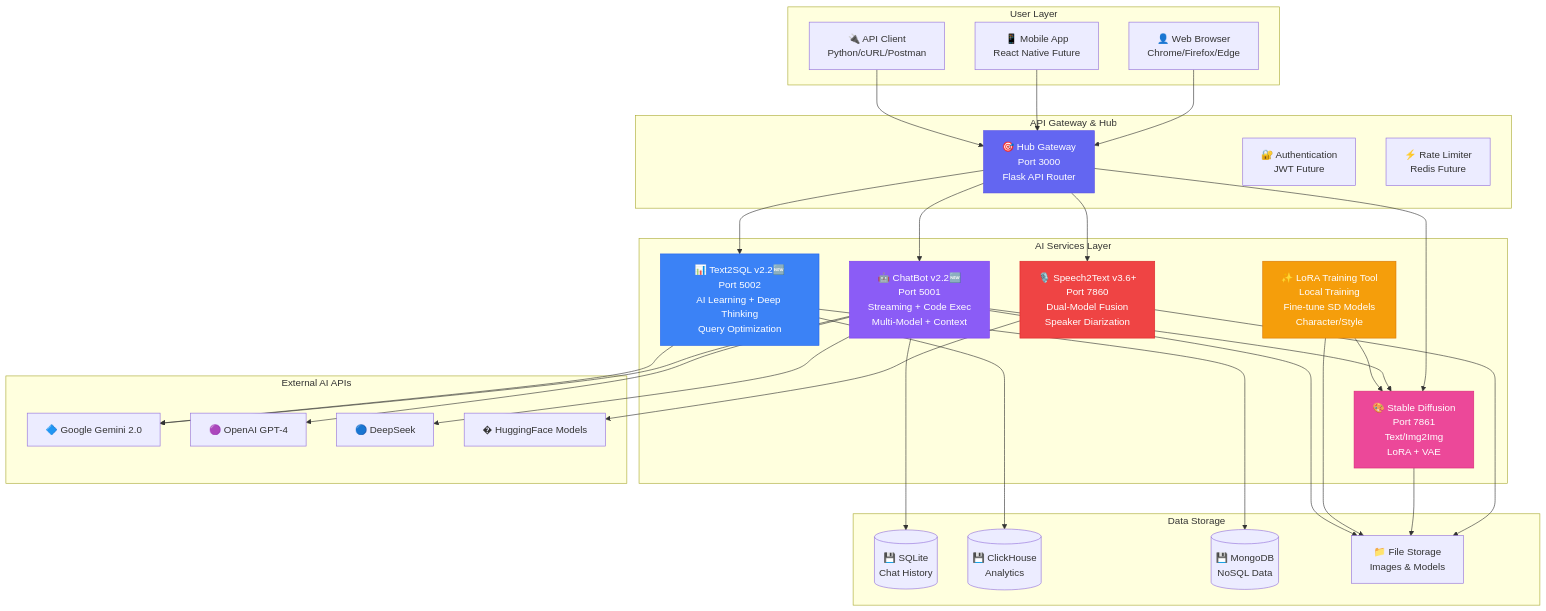
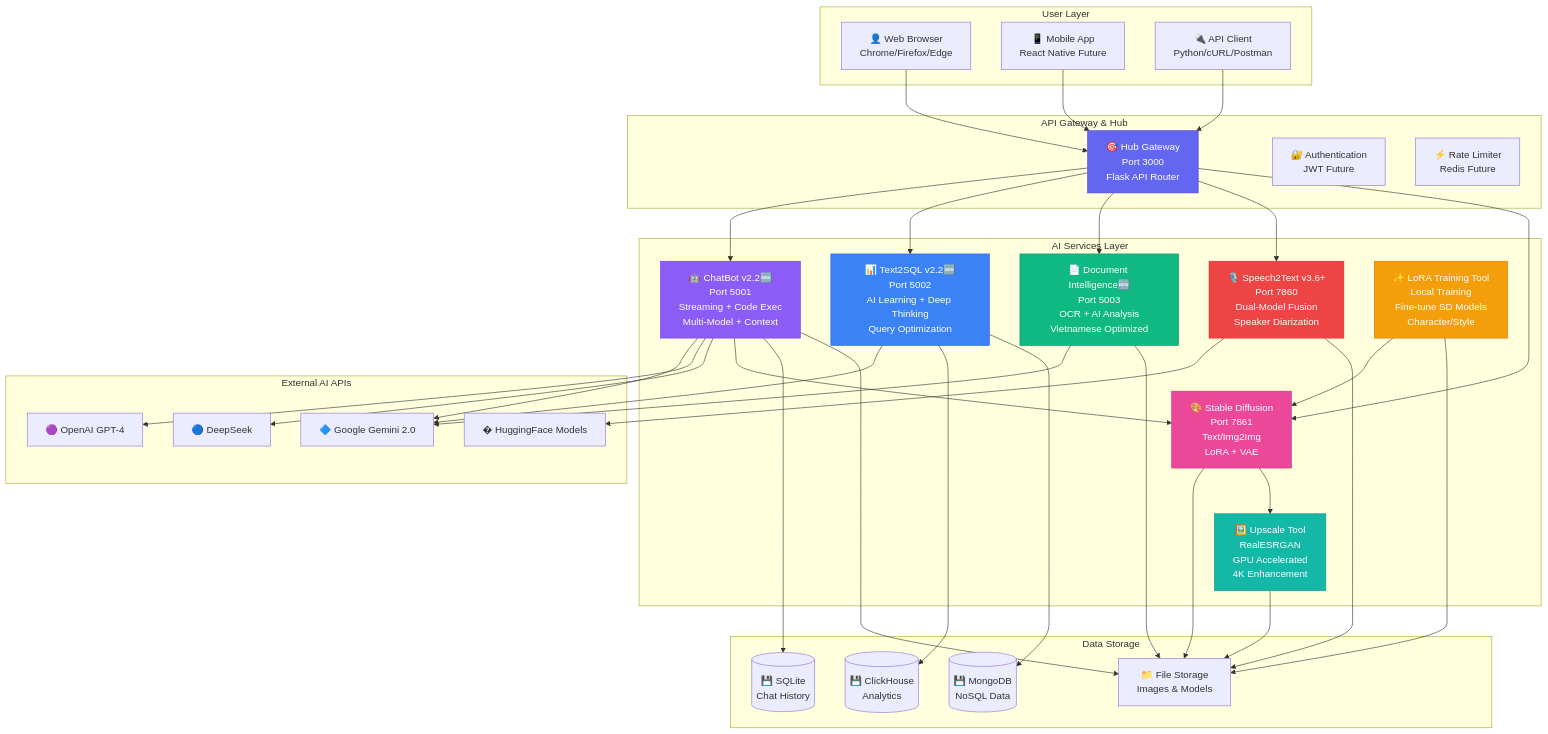
Before and after one commit to SkastVnT/AI-Assistant: the first of 19 diagrams in README.md, drawn with Mermaid. The commit also changed other lines of this file and 19 other files, not shown here.

First line of the commit message:
docs: Update README.md - Add Document Intelligence Service & Upscale Tool

````diff
--- a/README.md
+++ b/README.md
@@ -154,71 +182,81 @@
 ```mermaid
 graph TB
     subgraph User Layer
     U1[👤 Web Browser<br/>Chrome/Firefox/Edge]
     U2[📱 Mobile App<br/>React Native Future]
     U3[🔌 API Client<br/>Python/cURL/Postman]
     end
     
     subgraph API Gateway & Hub
     HUB[🎯 Hub Gateway<br/>Port 3000<br/>Flask API Router]
     AUTH[🔐 Authentication<br/>JWT Future]
     LIMIT[⚡ Rate Limiter<br/>Redis Future]
     end
     
     subgraph AI Services Layer
     CB[🤖 ChatBot v2.2🆕<br/>Port 5001<br/>Streaming + Code Exec<br/>Multi-Model + Context]
     T2S[📊 Text2SQL v2.2🆕<br/>Port 5002<br/>AI Learning + Deep Thinking<br/>Query Optimization]
+    DOC[📄 Document Intelligence🆕<br/>Port 5003<br/>OCR + AI Analysis<br/>Vietnamese Optimized]
     S2T[🎙️ Speech2Text v3.6+<br/>Port 7860<br/>Dual-Model Fusion<br/>Speaker Diarization]
     SD[🎨 Stable Diffusion<br/>Port 7861<br/>Text/Img2Img<br/>LoRA + VAE]
     LORA[✨ LoRA Training Tool<br/>Local Training<br/>Fine-tune SD Models<br/>Character/Style]
+    UPS[🖼️ Upscale Tool<br/>RealESRGAN<br/>GPU Accelerated<br/>4K Enhancement]
     end
     
     subgraph External AI APIs
     API1[🔷 Google Gemini 2.0]
     API2[🟣 OpenAI GPT-4]
     API3[🔵 DeepSeek]
     API4[� HuggingFace Models]
     end
     
     subgraph Data Storage
     DB1[(💾 SQLite<br/>Chat History)]
     DB2[(💾 ClickHouse<br/>Analytics)]
     DB3[(💾 MongoDB<br/>NoSQL Data)]
     FS[📁 File Storage<br/>Images & Models]
     end
     
     U1 --> HUB
     U2 --> HUB
     U3 --> HUB
     
     HUB --> CB
     HUB --> T2S
+    HUB --> DOC
     HUB --> S2T
     HUB --> SD
     
     CB --> API1
     CB --> API2
     CB --> API3
     CB --> SD
     
     T2S --> API1
     T2S --> DB2
     T2S --> DB3
     
+    DOC --> API1
+    DOC --> FS
+    
     S2T --> API4
     S2T --> FS
     
     SD --> FS
+    SD --> UPS
+    UPS --> FS
     LORA --> SD
     LORA --> FS
     
     CB --> DB1
     CB --> FS
     
     style HUB fill:#6366F1,stroke:#4F46E5,color:#fff
     style CB fill:#8B5CF6,stroke:#7C3AED,color:#fff
     style T2S fill:#3B82F6,stroke:#2563EB,color:#fff
+    style DOC fill:#10B981,stroke:#059669,color:#fff
     style S2T fill:#EF4444,stroke:#DC2626,color:#fff
     style SD fill:#EC4899,stroke:#DB2777,color:#fff
     style LORA fill:#F59E0B,stroke:#D97706,color:#fff
+    style UPS fill:#14B8A6,stroke:#0D9488,color:#fff
 ```
````
